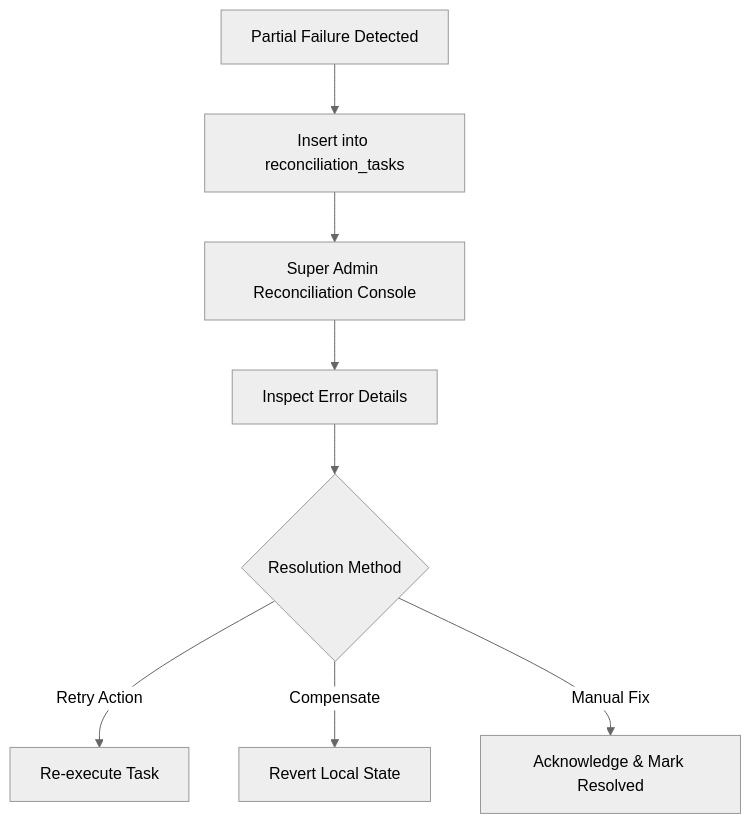
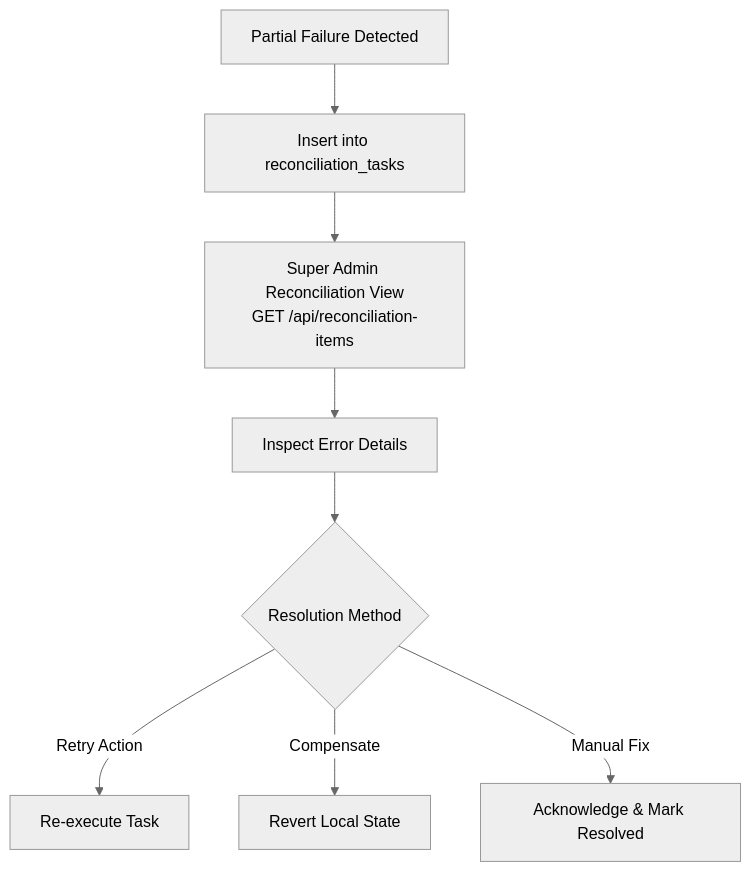
One commit to jsphhbna/egatepass changed the fifth of 5 diagrams in docs/OPERATIONS.md. Above: the diagram before and after it, drawn with Mermaid (neutral theme). The commit also changed other lines of this file and 13 other files, not shown here.

Commit message:
docs(truthfulness): repair markdown formatting, mermaid blocks, and architectural truthfulness across all active documentation

````diff
--- a/docs/OPERATIONS.md
+++ b/docs/OPERATIONS.md
@@ -169,10 +176,10 @@
 ```mermaid
 flowchart TD
     Err[Partial Failure Detected] --> Record[Insert into reconciliation_tasks]
-    Record --> SAView[Super Admin Reconciliation Console]
+    Record --> SAView[Super Admin Reconciliation View<br/>GET /api/reconciliation-items]
     SAView --> Inspect[Inspect Error Details]
     Inspect --> Action{Resolution Method}
     Action -->|Retry Action| Retry[Re-execute Task]
     Action -->|Compensate| Comp[Revert Local State]
     Action -->|Manual Fix| Manual[Acknowledge & Mark Resolved]
 ```
````
